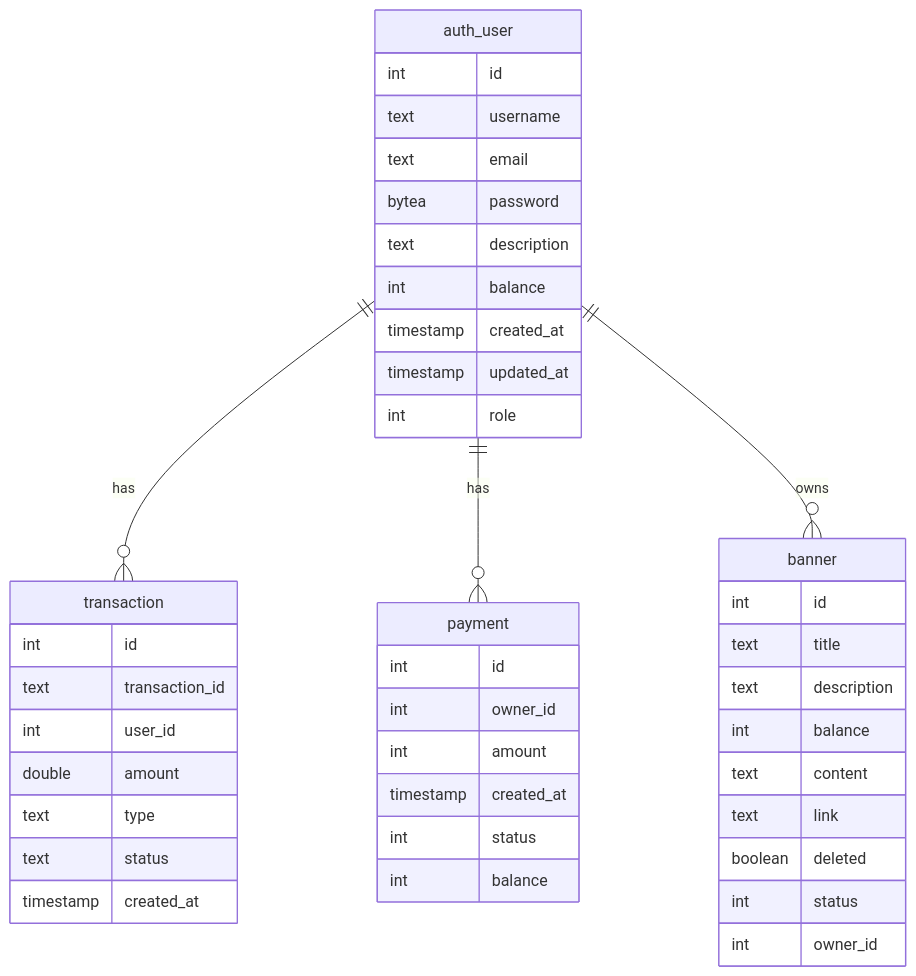
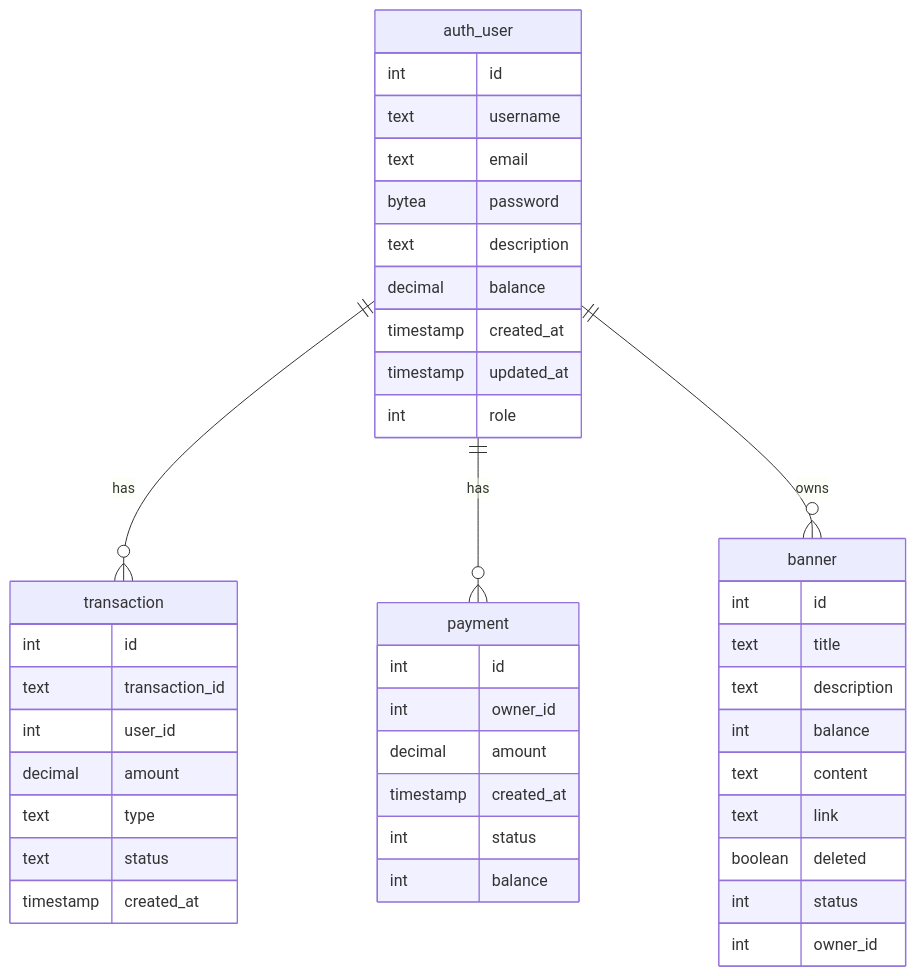
Before and after one commit to go-park-mail-ru/2025_1_RePresent: the diagram in database files/databse.md, drawn with Mermaid. The commit also changed 1 other file, not shown here.

Commit message:
RE-HW: fix database shemas

````diff
--- a/database files/databse.md
+++ b/database files/databse.md
@@ -60,49 +60,49 @@
 ```mermaid
 erDiagram
     auth_user ||--o{ transaction : "has"
     auth_user ||--o{ payment : "has"
     auth_user ||--o{ banner : "owns"
 
     auth_user {
         int id
         text username
         text email
         bytea password
         text description
-        int balance
+        decimal balance
         timestamp created_at
         timestamp updated_at
         int role
     }
 
     transaction {
         int id
         text transaction_id
         int user_id
-        double amount
+        decimal amount
         text type
         text status
         timestamp created_at
     }
 
     payment {
         int id
         int owner_id
-        int amount
+        decimal amount
         timestamp created_at
         int status
         int balance
     }
 
     banner {
         int id
         text title
         text description
         int balance
         text content
         text link
         boolean deleted
         int status
         int owner_id
     }
 ```
````
